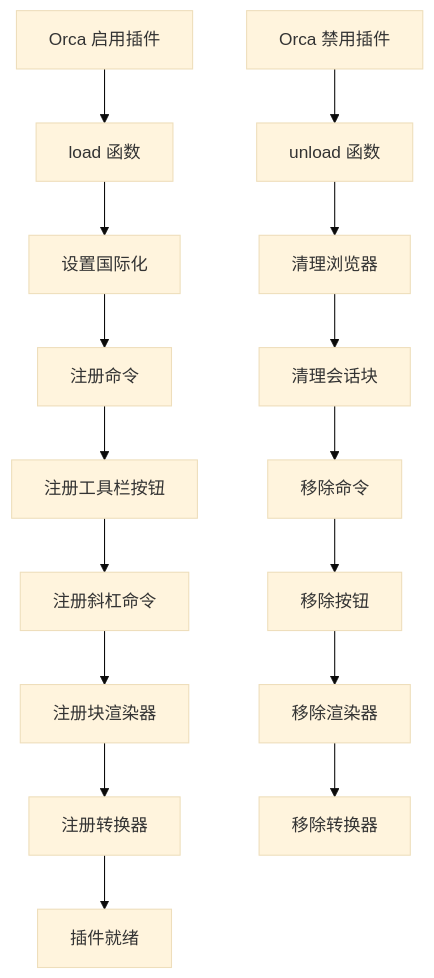
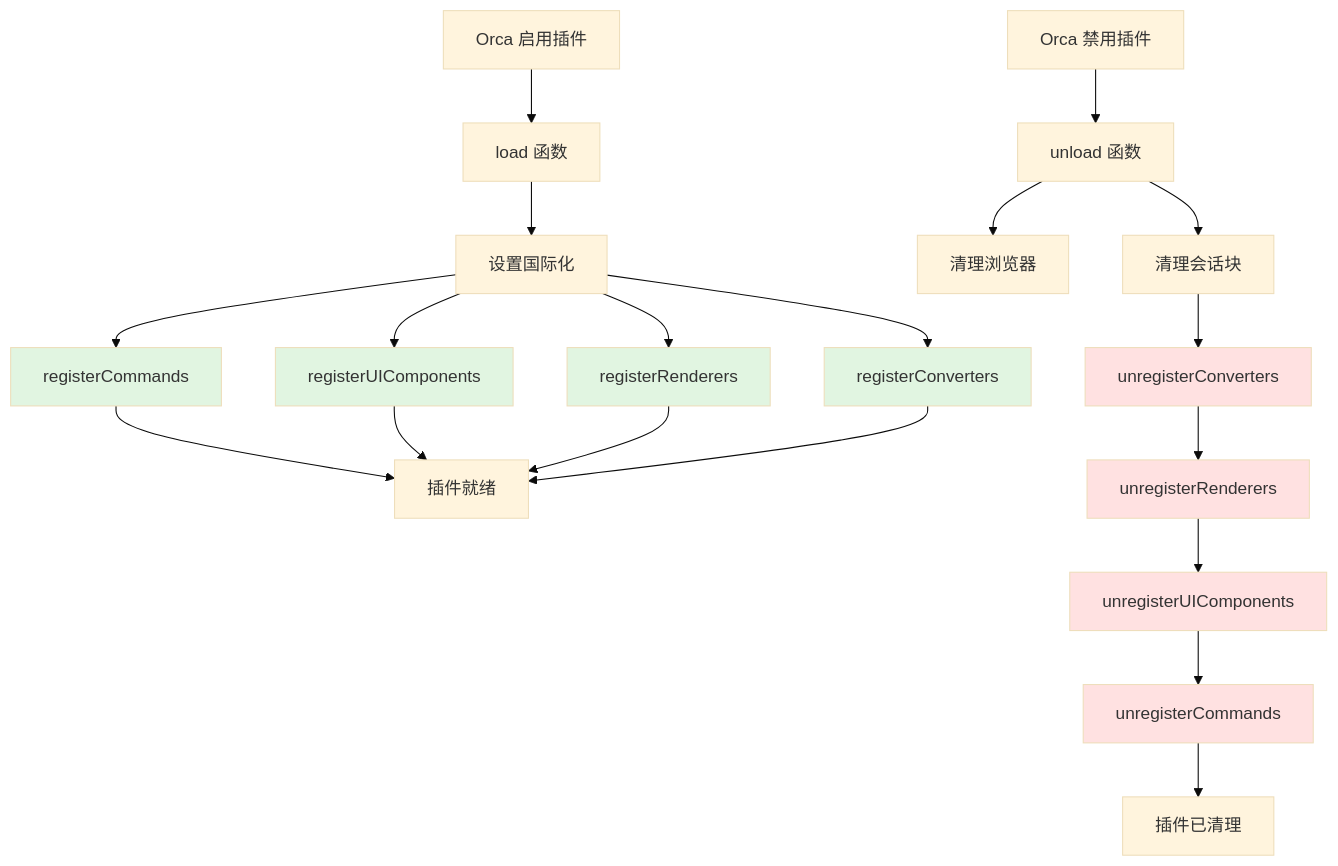
Before and after one commit to SaXz2/orca-srs-plugin: the diagram in 模块文档/SRS_插件入口与命令.md, drawn with Mermaid (base theme). The commit also changed other lines of this file and 8 other files, not shown here.

````diff
--- a/模块文档/SRS_插件入口与命令.md
+++ b/模块文档/SRS_插件入口与命令.md
@@ -32,19 +45,31 @@
 ```mermaid
 flowchart TD
     A[Orca 启用插件] --> B[load 函数]
     B --> C[设置国际化]
-    C --> D[注册命令]
-    D --> E[注册工具栏按钮]
-    E --> F[注册斜杠命令]
-    F --> G[注册块渲染器]
-    G --> H[注册转换器]
-    H --> I[插件就绪]
+    C --> D[registerCommands]
+    C --> E[registerUIComponents]
+    C --> F[registerRenderers]
+    C --> G[registerConverters]
+    D --> H[插件就绪]
+    E --> H
+    F --> H
+    G --> H
 
     J[Orca 禁用插件] --> K[unload 函数]
     K --> L[清理浏览器]
-    L --> M[清理会话块]
-    M --> N[移除命令]
-    N --> O[移除按钮]
-    O --> P[移除渲染器]
-    P --> Q[移除转换器]
+    K --> M[清理会话块]
+    M --> N[unregisterConverters]
+    N --> O[unregisterRenderers]
+    O --> P[unregisterUIComponents]
+    P --> Q[unregisterCommands]
+    Q --> R[插件已清理]
+
+    style D fill:#e1f5e1
+    style E fill:#e1f5e1
+    style F fill:#e1f5e1
+    style G fill:#e1f5e1
+    style N fill:#ffe1e1
+    style O fill:#ffe1e1
+    style P fill:#ffe1e1
+    style Q fill:#ffe1e1
 ```
````
